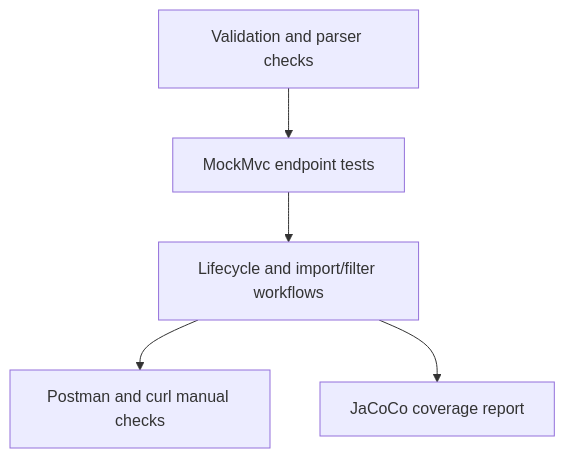
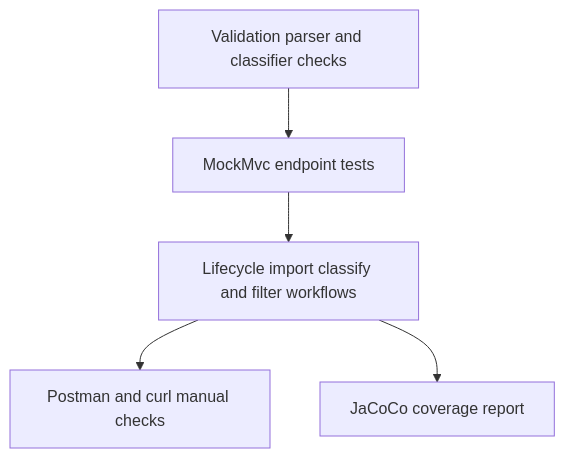
One commit to itxyzzz/gen-ai-se-hw changed the diagram in homework-2/TESTING_GUIDE.md. Above: the diagram before and after it, drawn with Mermaid. The commit also changed other lines of this file and 29 other files, not shown here.

````diff
--- a/homework-2/TESTING_GUIDE.md
+++ b/homework-2/TESTING_GUIDE.md
@@ -5,7 +5,7 @@
 ```mermaid
 flowchart TB
-    Unit[Validation and parser checks] --> API[MockMvc endpoint tests]
-    API --> Integration[Lifecycle and import/filter workflows]
+    Unit[Validation parser and classifier checks] --> API[MockMvc endpoint tests]
+    API --> Integration[Lifecycle import classify and filter workflows]
     Integration --> Manual[Postman and curl manual checks]
     Integration --> Coverage[JaCoCo coverage report]
 ```
````
